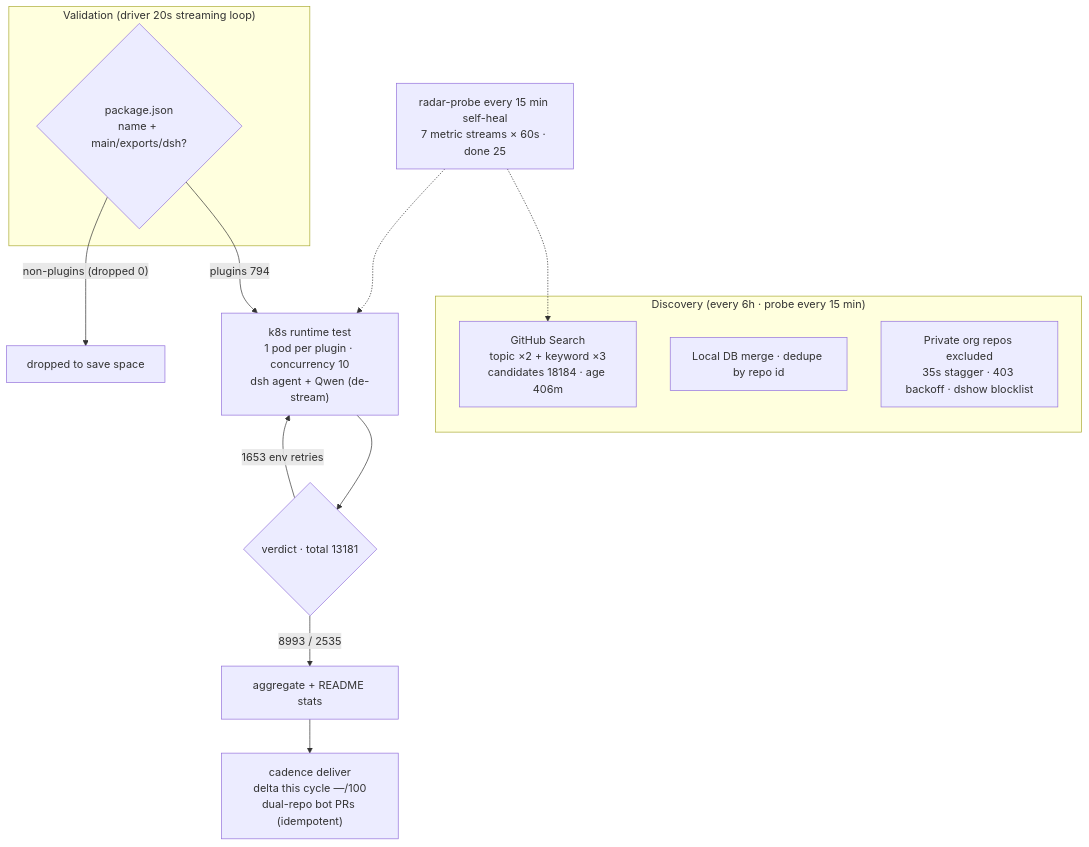
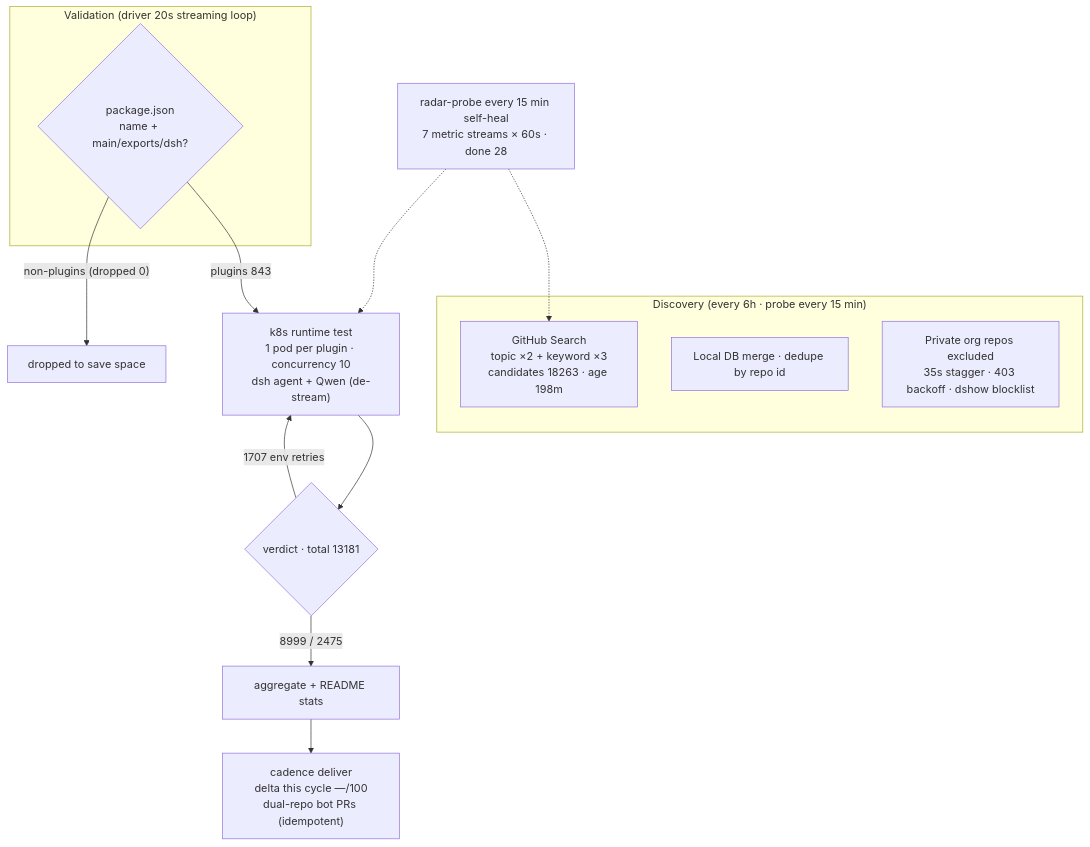
One commit to Zhidao-Lab-OSS/awesome-dsh-plugins changed the diagram in README.en-US.md. Above: the diagram before and after it, drawn with Mermaid. The commit also changed other lines of this file and 1 other file, not shown here.

````diff
--- a/README.en-US.md
+++ b/README.en-US.md
@@ -45,20 +45,20 @@
 ```mermaid
 flowchart TB
     subgraph Discovery["Discovery (every 6h · probe every 15 min)"]
-        A1["GitHub Search<br/>topic ×2 + keyword ×3<br/>candidates 18184 · age 406m"]
+        A1["GitHub Search<br/>topic ×2 + keyword ×3<br/>candidates 18263 · age 198m"]
         A2["Local DB merge · dedupe by repo id"]
         A3["Private org repos excluded<br/>35s stagger · 403 backoff · dshow blocklist"]
     end
     subgraph Validation["Validation (driver 20s streaming loop)"]
         B1{"package.json<br/>name + main/exports/dsh?"}
     end
-    B1 -->|"plugins 794"| C1["k8s runtime test<br/>1 pod per plugin · concurrency 10<br/>dsh agent + Qwen (de-stream)"]
+    B1 -->|"plugins 843"| C1["k8s runtime test<br/>1 pod per plugin · concurrency 10<br/>dsh agent + Qwen (de-stream)"]
     B1 -->|"non-plugins (dropped 0)"| B3["dropped to save space"]
     C1 --> D1{"verdict · total 13181"}
-    D1 -->|"8993 / 2535"| E1["aggregate + README stats"]
-    D1 -->|"1653 env retries"| C1
+    D1 -->|"8999 / 2475"| E1["aggregate + README stats"]
+    D1 -->|"1707 env retries"| C1
     E1 --> E2["cadence deliver<br/>delta this cycle —/100<br/>dual-repo bot PRs (idempotent)"]
-    M["radar-probe every 15 min self-heal<br/>7 metric streams × 60s · done 25"]
+    M["radar-probe every 15 min self-heal<br/>7 metric streams × 60s · done 28"]
     M -.-> A1
     M -.-> C1
 ```
````
